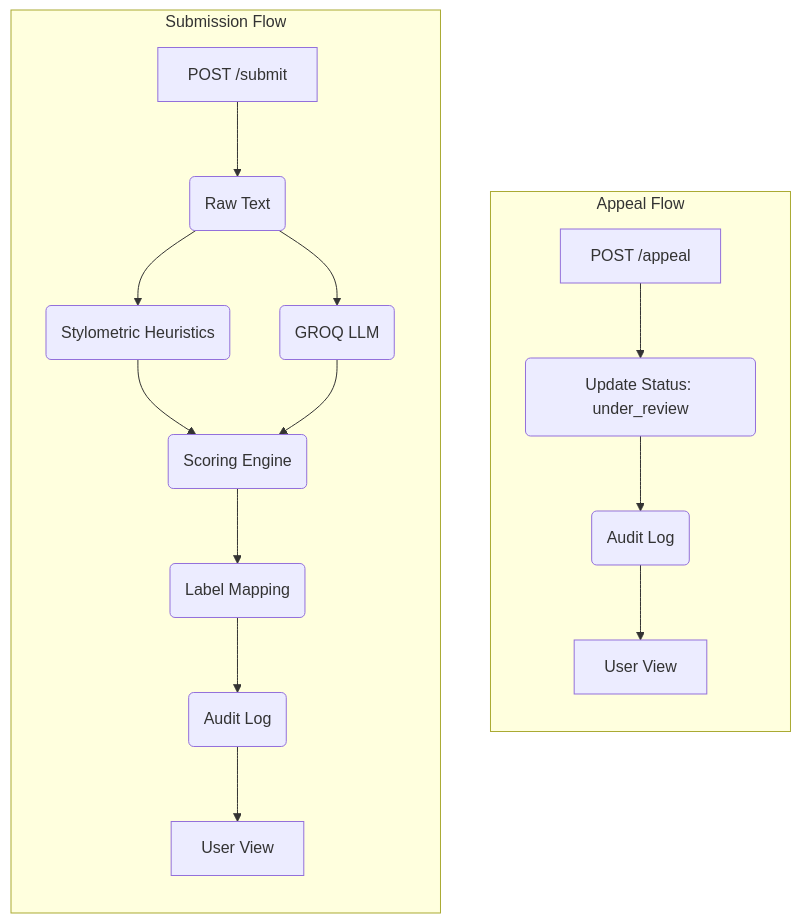
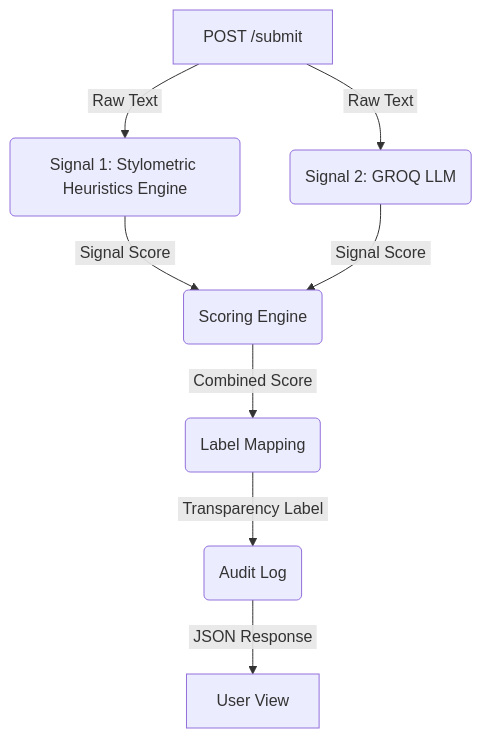
Before and after one commit to Dennis-1am/ai201-project4-provenance-guard: the first of 2 diagrams in README.md, drawn with Mermaid. The commit also changed other lines of this file, not shown here.

````diff
--- a/README.md
+++ b/README.md
@@ -24,24 +25,11 @@
 ```mermaid
-flowchart LR
-    subgraph Submission_Flow [Submission Flow]
-        direction TB
-        A[POST /submit] --> Raw_Text1(Raw Text)
-        Raw_Text1 --> B(Stylometric Heuristics)
-        Raw_Text1 --> C(GROQ LLM)
-        B --> D(Scoring Engine)
-        C --> D
-        D --> E(Label Mapping)
-        E --> F(Audit Log)
-        F --> G[User View]
-    end
-
-    subgraph Appeal_Flow [Appeal Flow]
-        direction TB
-        H[POST /appeal] --> I(Update Status: under_review)
-        I --> J(Audit Log)
-        J --> K[User View]
-    end
-
-    %% Invisible link to force side-by-side alignment
-    Submission_Flow ~~~ Appeal_Flow
+graph TD
+    %% Flow 1: Submission Flow
+    A[POST /submit] -->|&nbsp;Raw Text&nbsp;| B(Signal 1: Stylometric Heuristics Engine)
+    A --> |&nbsp;Raw Text&nbsp;| C(Signal 2: GROQ LLM)
+    B --> |&nbsp;Signal Score&nbsp;| D(Scoring Engine)
+    C --> |&nbsp;Signal Score&nbsp;| D
+    D --> |&nbsp;Combined Score&nbsp;| E(Label Mapping)
+    E --> |&nbsp;Transparency Label&nbsp;| F(Audit Log)
+    F --> |&nbsp;JSON Response&nbsp;| G[User View]
 ```
````
